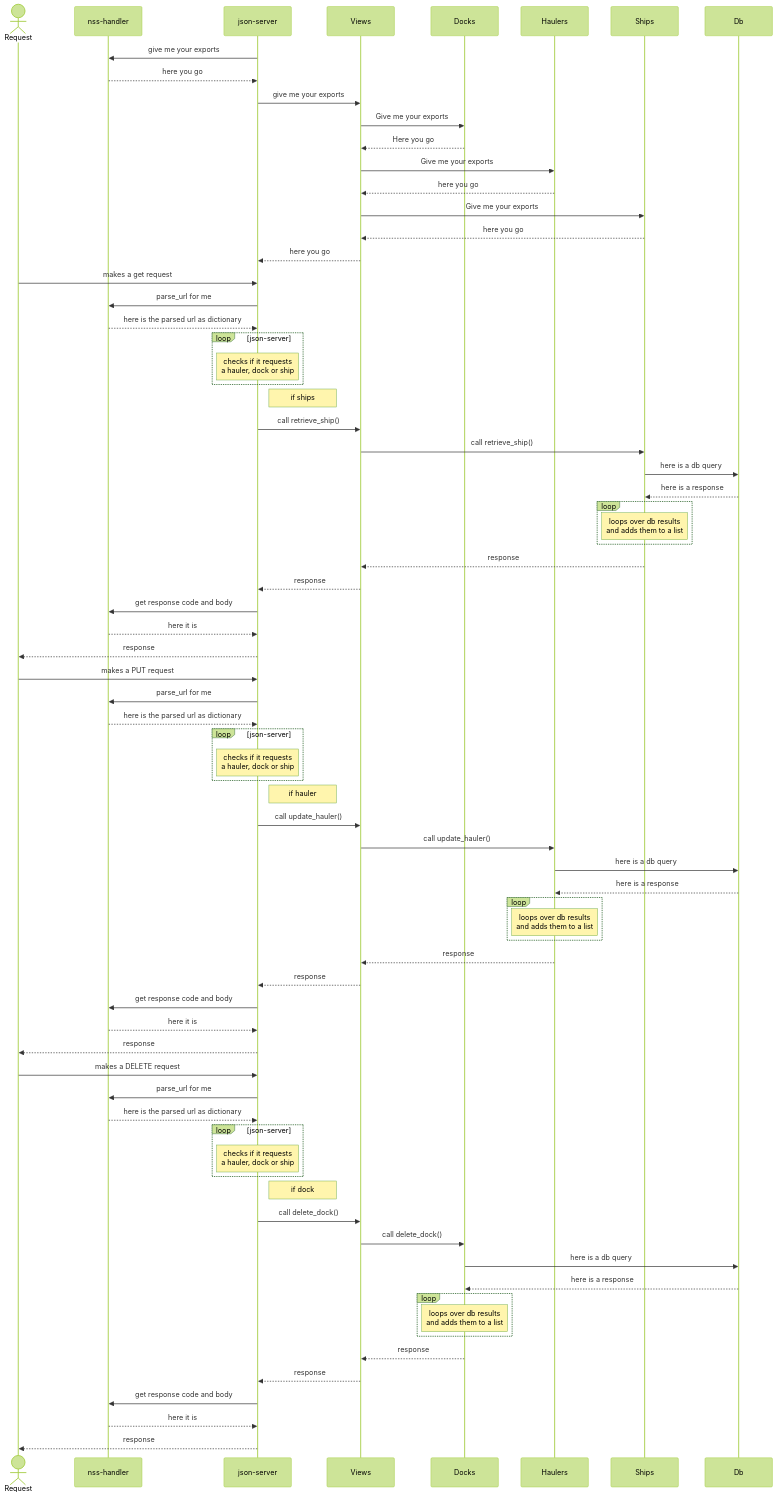
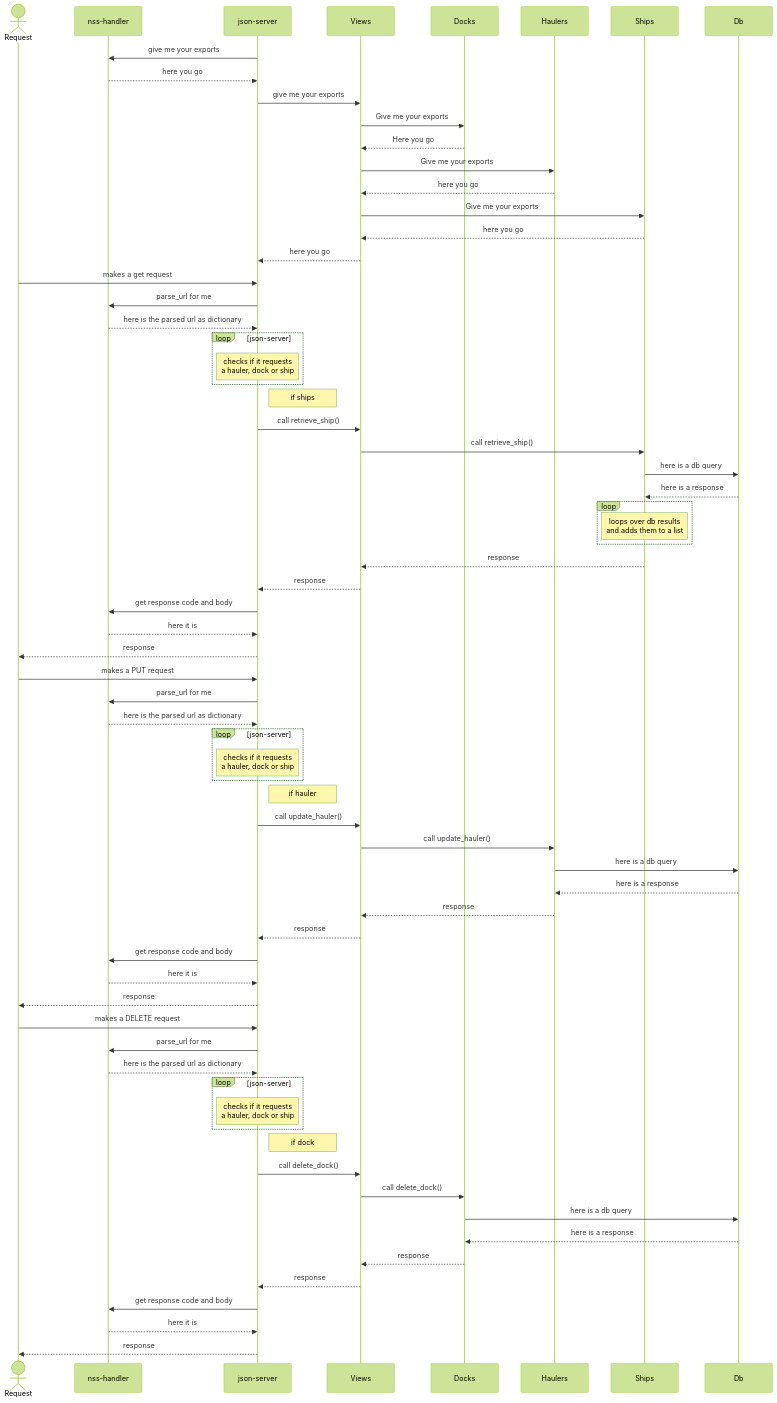
Before and after one commit to patrick-mcisaac/shipping-ships-api: the diagram in diagrams/seq.mmd, drawn with Mermaid (forest theme). The commit also changed 5 other files, not shown here.

```diff
--- a/diagrams/seq.mmd
+++ b/diagrams/seq.mmd
@@ -1,134 +1,126 @@
 sequenceDiagram
 
 Actor Request
 Participant nss-handler
 Participant json-server
 Participant Views
 Participant Docks
 Participant Haulers
 Participant Ships
 Participant Db
 
 json-server ->> nss-handler: give me your exports
 
 nss-handler -->> json-server: here you go
 
 json-server ->> Views: give me your exports
 
     Views ->> Docks: Give me your exports
     Docks -->> Views: Here you go
 
     Views ->> Haulers: Give me your exports
     Haulers -->> Views: here you go
 
     Views ->> Ships: Give me your exports
     Ships -->> Views: here you go
 
 Views -->> json-server: here you go
 
 
 
 Request ->> json-server: makes a get request
 
     json-server ->> nss-handler: parse_url for me
 
     nss-handler -->> json-server: here is the parsed url  as dictionary
 
     Loop json-server
         Note over json-server: checks if it requests <br> a hauler, dock or ship
     End
 
     Note right of json-server: if ships
 
     json-server ->> Views: call retrieve_ship()
 
         Views ->> Ships: call retrieve_ship()
 
             Ships ->> Db: here is a db query
 
             Db -->> Ships: here is a response
 
             loop
                 note over Ships: loops over db results <br> and adds them to a list
             end
 
         Ships -->> Views: response
     
     Views -->> json-server: response
 
     json-server ->> nss-handler: get response code and body
 
     nss-handler -->> json-server: here it is
 
 json-server -->> Request: response
 
 
 Request ->> json-server: makes a PUT request
     
     json-server ->> nss-handler: parse_url for me
 
     nss-handler -->> json-server: here is the parsed url  as dictionary
 
     Loop json-server
         Note over json-server: checks if it requests <br> a hauler, dock or ship
     End
 
     Note right of json-server: if hauler
 
     json-server ->> Views: call update_hauler()
 
         Views ->> Haulers: call update_hauler()
 
             Haulers ->> Db: here is a db query
 
             Db -->> Haulers: here is a response
 
-            loop
-                note over Haulers: loops over db results <br> and adds them to a list
-            end
-
         Haulers -->> Views: response
     
     Views -->> json-server: response
 
     json-server ->> nss-handler: get response code and body
 
     nss-handler -->> json-server: here it is
 
 json-server -->> Request: response
 
 
 
 Request ->> json-server: makes a DELETE request
 
     json-server ->> nss-handler: parse_url for me
 
     nss-handler -->> json-server: here is the parsed url  as dictionary
 
     Loop json-server
         Note over json-server: checks if it requests <br> a hauler, dock or ship
     End
 
     Note right of json-server: if dock
 
     json-server ->> Views: call delete_dock()
 
         Views ->> Docks: call delete_dock()
 
             Docks ->> Db: here is a db query
 
             Db -->> Docks: here is a response
 
-            loop
-                note over Docks: loops over db results <br> and adds them to a list
-            end
-
         Docks -->> Views: response
     
     Views -->> json-server: response
 
     json-server ->> nss-handler: get response code and body
 
     nss-handler -->> json-server: here it is
 
 json-server -->> Request: response
```
